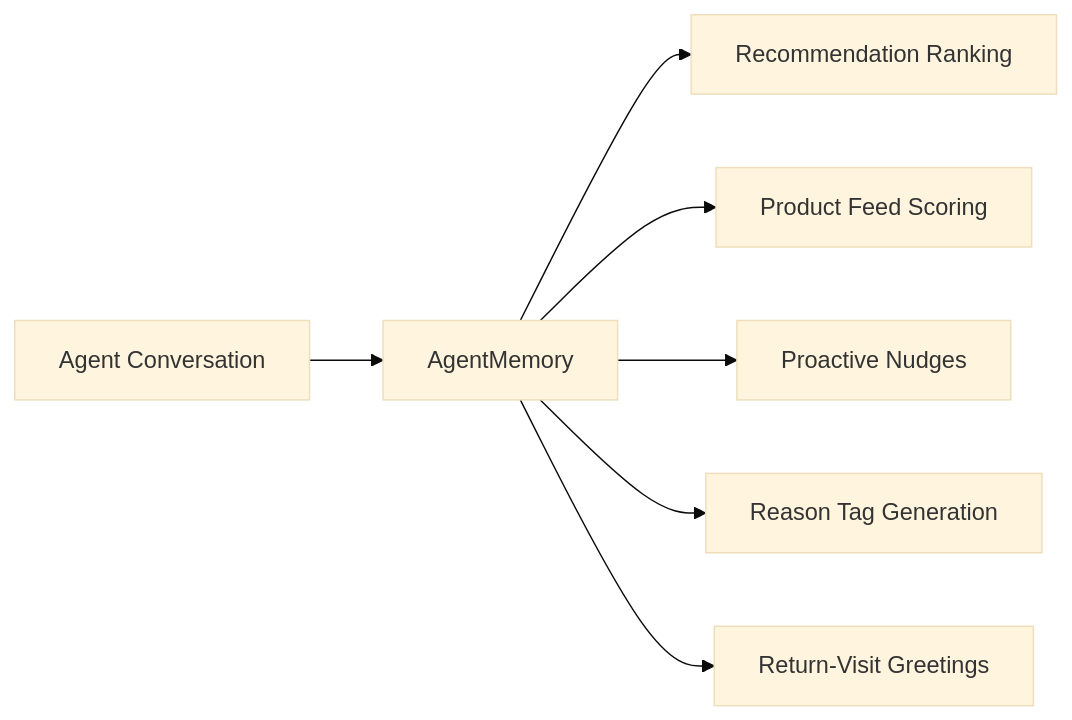
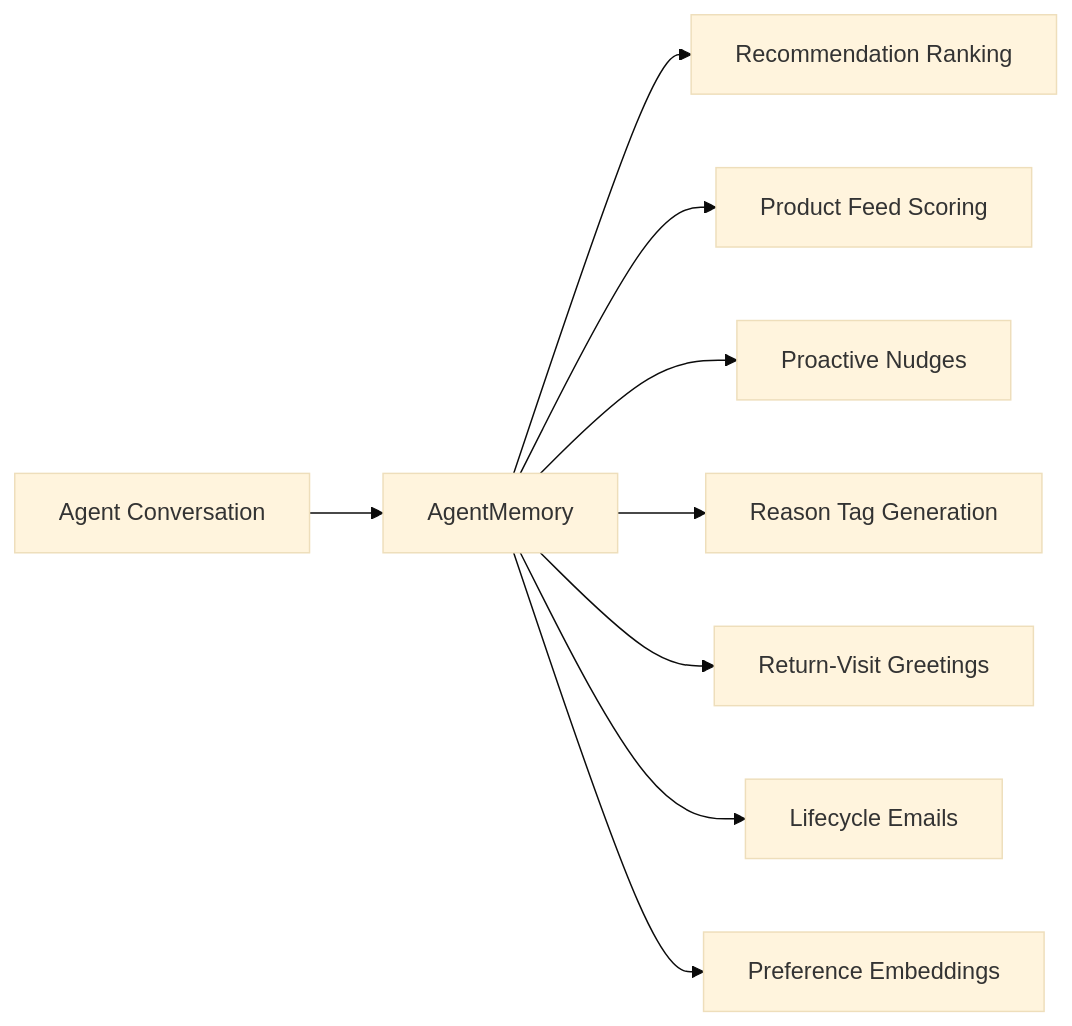
Before and after one commit to kiki-world-01/Docs: the diagram in agentic/memory-intelligence.mdx, drawn with Mermaid (base theme). The commit also changed other lines of this file and 14 other files, not shown here.

````diff
--- a/agentic/memory-intelligence.mdx
+++ b/agentic/memory-intelligence.mdx
@@ -204,9 +241,11 @@
 ```mermaid
 graph LR
     Conversation["Agent Conversation"] --> Memory["AgentMemory"]
     Memory --> Recs["Recommendation Ranking"]
     Memory --> Feed["Product Feed Scoring"]
     Memory --> Nudges["Proactive Nudges"]
     Memory --> Tags["Reason Tag Generation"]
     Memory --> Greeting["Return-Visit Greetings"]
+    Memory --> Email["Lifecycle Emails"]
+    Memory --> Embeddings["Preference Embeddings"]
 ```
````
